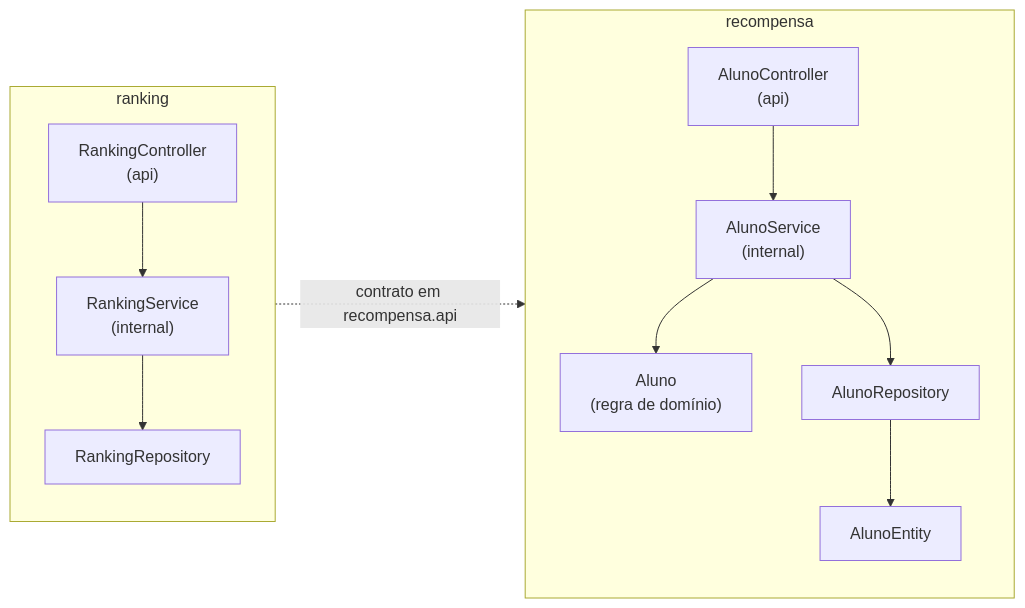
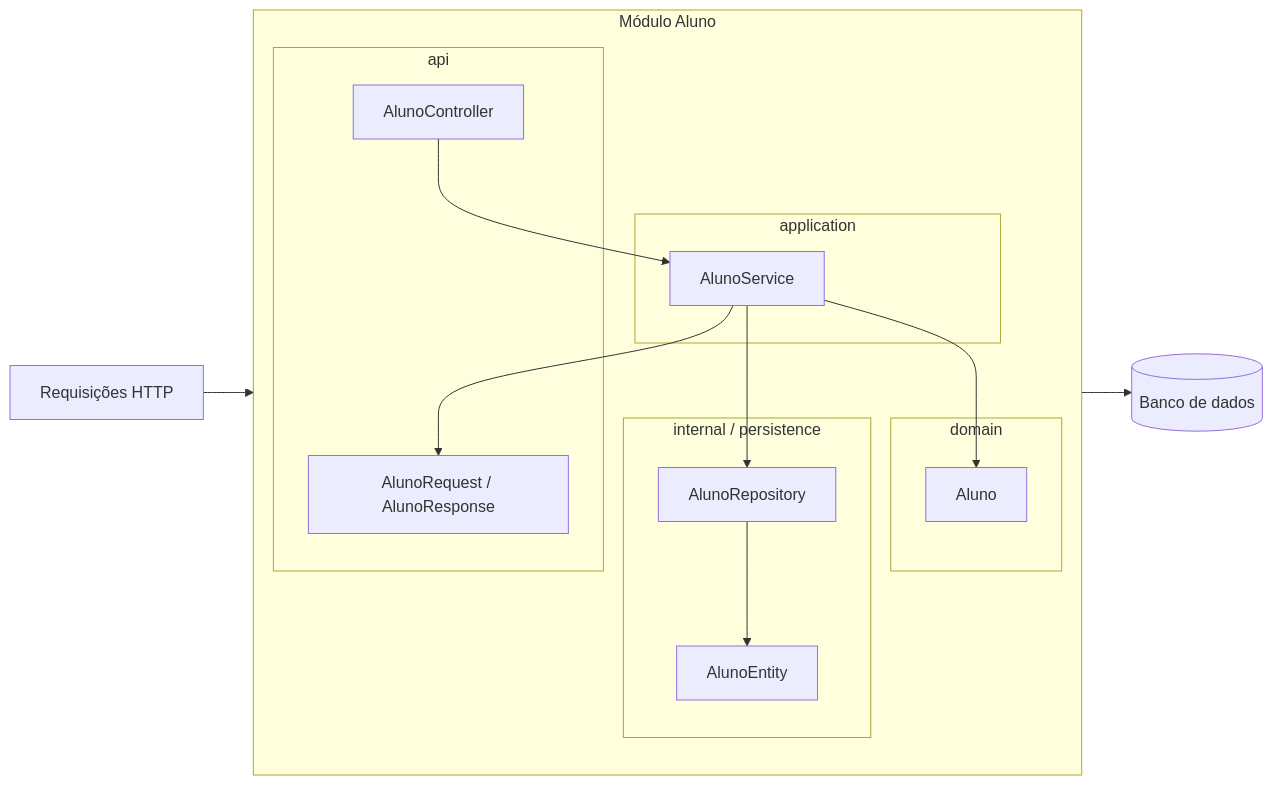
Before and after one commit to cuchera/DevOpsAC1: the third of 3 diagrams in README.md, drawn with Mermaid. The commit also changed other lines of this file, not shown here.

````diff
--- a/README.md
+++ b/README.md
@@ -373,16 +373,34 @@
 ```mermaid
+
 flowchart LR
-    subgraph recompensa
-        direction TB
-        RC["AlunoController<br/>(api)"] --> RS["AlunoService<br/>(internal)"]
-        RS --> RD["Aluno<br/>(regra de domínio)"]
-        RS --> RR["AlunoRepository"]
-        RR --> RE["AlunoEntity"]
-    end
-    subgraph ranking
-        direction TB
-        KC["RankingController<br/>(api)"] --> KS["RankingService<br/>(internal)"]
-        KS --> KR["RankingRepository"]
-    end
-    KS -. "contrato em recompensa.api" .-> RC
+   subgraph ALUNO["Módulo Aluno"]
+      direction TB
+
+      subgraph API["api"]
+         C["AlunoController"]
+         DTO["AlunoRequest / AlunoResponse"]
+      end
+
+      subgraph APP["application"]
+         S["AlunoService"]
+      end
+
+      subgraph DOM["domain"]
+         D["Aluno"]
+      end
+
+      subgraph INT["internal / persistence"]
+         R["AlunoRepository"]
+         E["AlunoEntity"]
+      end
+
+      C --> S
+      S --> D
+      S --> R
+      R --> E
+      S --> DTO
+   end
+
+   HTTP["Requisições HTTP"] --> C
+   E --> DB[("Banco de dados")]
 ```
````
